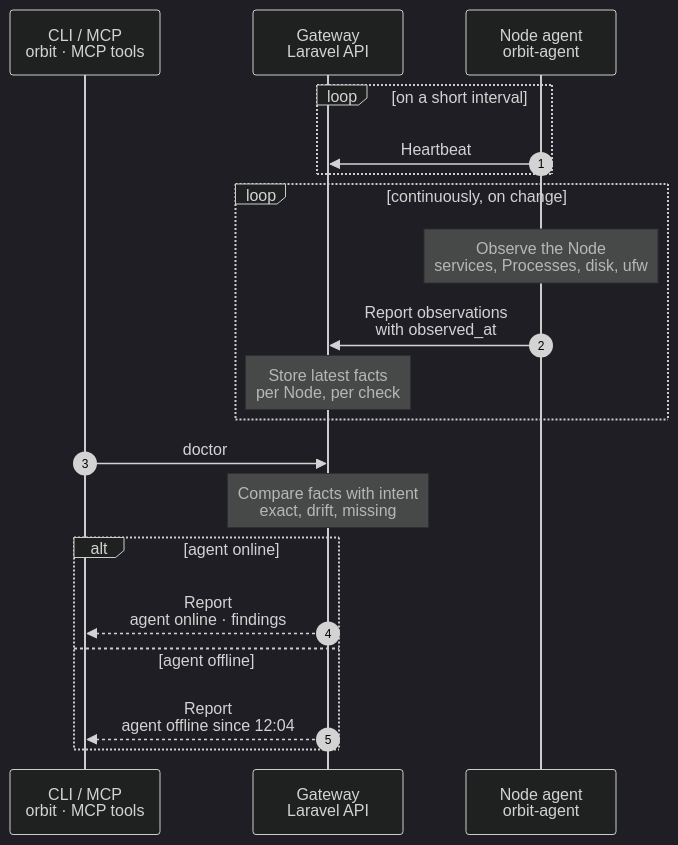
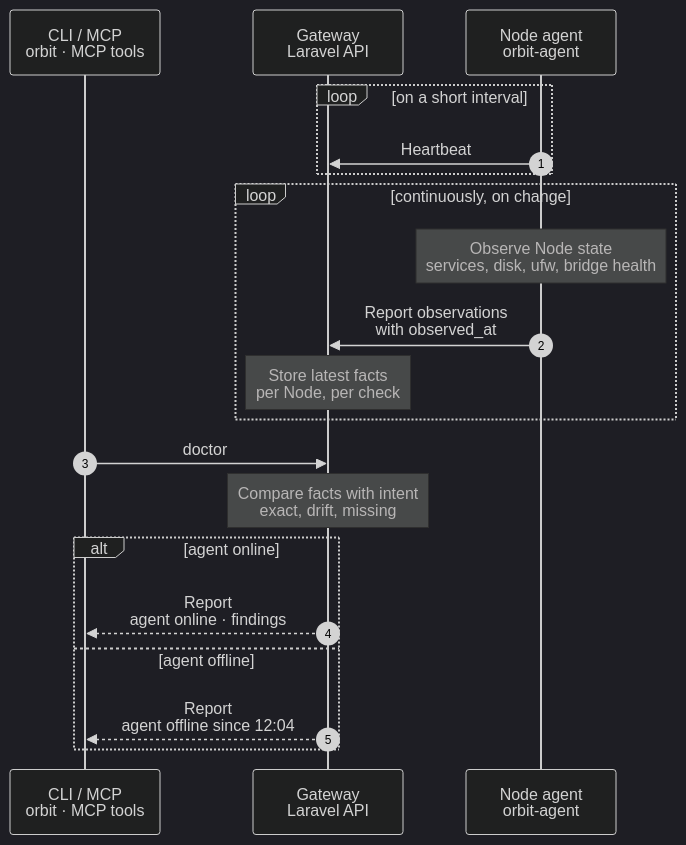
The diagram in docs/cli/doctor/doctor.mmd (hardimpactdev/orbit), drawn with Mermaid (dark theme) before and after one commit. The commit also changed 29 other files, not shown here.

```diff
--- a/docs/cli/doctor/doctor.mmd
+++ b/docs/cli/doctor/doctor.mmd
@@ -1,50 +1,50 @@
 sequenceDiagram
   %% Target design: Nick 2026-11-01, liveness 2026-11-02. Only the Node agent collects facts; doctor reads Gateway state. No Swamp run, no SSH (R1).
   %% status: reviewed
   %% command: doctor
   %% kind: doctor.inspect
   autonumber
   %% lane CLI icon=terminal pill=caller tone=gray
   %% lane GW icon=gateway pill=intent tone=blue
   %% lane A icon=server pill=observer tone=amber
   participant CLI as CLI / MCP<br/>orbit · MCP tools
   participant GW as Gateway<br/>Laravel API
   participant A as Node agent<br/>orbit-agent
   loop on a short interval
     A->>GW: Heartbeat
     %%> Result:
     %%> - the Gateway marks the Node online
     %%> - when heartbeats stop, it marks the Node offline, shown in the web dashboard and in node:list and node:show
   end
   loop continuously, on change
-    Note over A: Observe the Node<br/>services, Processes, disk, ufw
+    Note over A: Observe Node state<br/>services, disk, ufw, bridge health
     A->>GW: Report observations<br/>with observed_at
     %%> How:
     %%> - at start, and again when a fact changed
     %%> - a report the Gateway does not accept is sent again after 1, 2 and 4 seconds, and then every 4 seconds until it is accepted
     %%> - the same holds for the request that asks what to watch
     %%> Decided by the orchestrator, for Nick's review (2026-11-06, research thread b8654275):
     %%> - a Node that boots before the Gateway answers reported only at its next read, up to a minute later; with a prompt report Doctor was healthy 15.8 s after boot
     Note over GW: Store latest facts<br/>per Node, per check
   end
   CLI->>GW: doctor
   %%> Command:
   %%> - `orbit doctor`
   %%> - syntax: `doctor [--node=ID] [--family=FAMILY] [--json]`
   %%> Input:
   %%> - without filters, checks all accessible registered Nodes and all families
   Note over GW: Compare facts with intent<br/>exact, drift, missing
   %%> Doctor always answers from the Gateway's state:
   %%> - it never starts a run and never SSHes into the Node
   alt agent online
     GW-->>CLI: Report<br/>agent online · findings
     %%> Result:
     %%> - first line: agent online
     %%> - then the findings; exit 0 with no drift, 1 with drift
   else agent offline
     GW-->>CLI: Report<br/>agent offline since 12:04
     %%> Result:
     %%> - first line: agent offline since <time>
     %%> - the findings still show, each marked "possibly outdated, agent silent since <time>"
     %%> - a nudge to look at the Node agent first
   end
```
